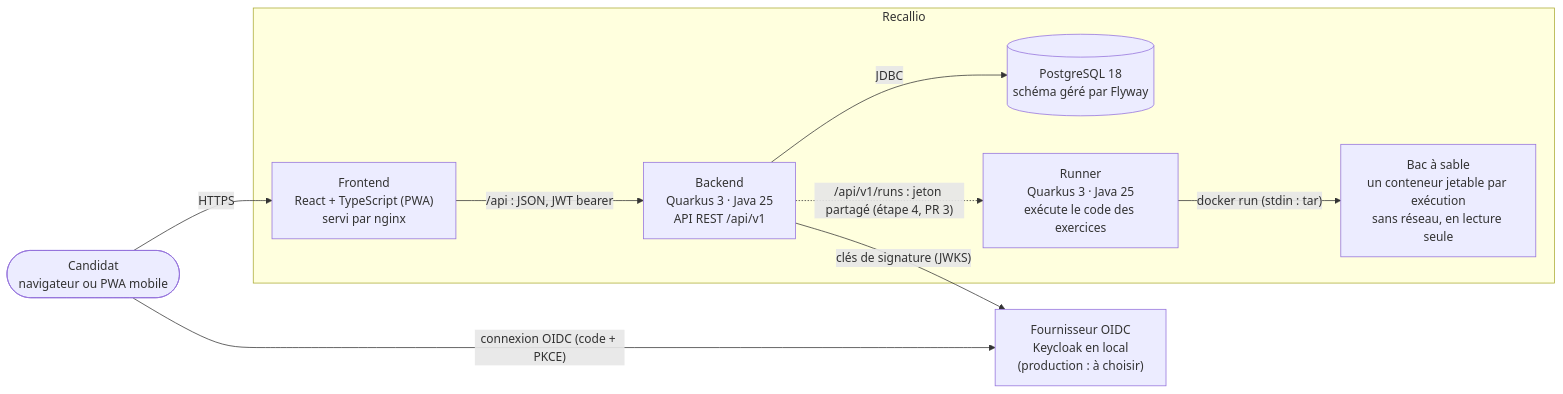
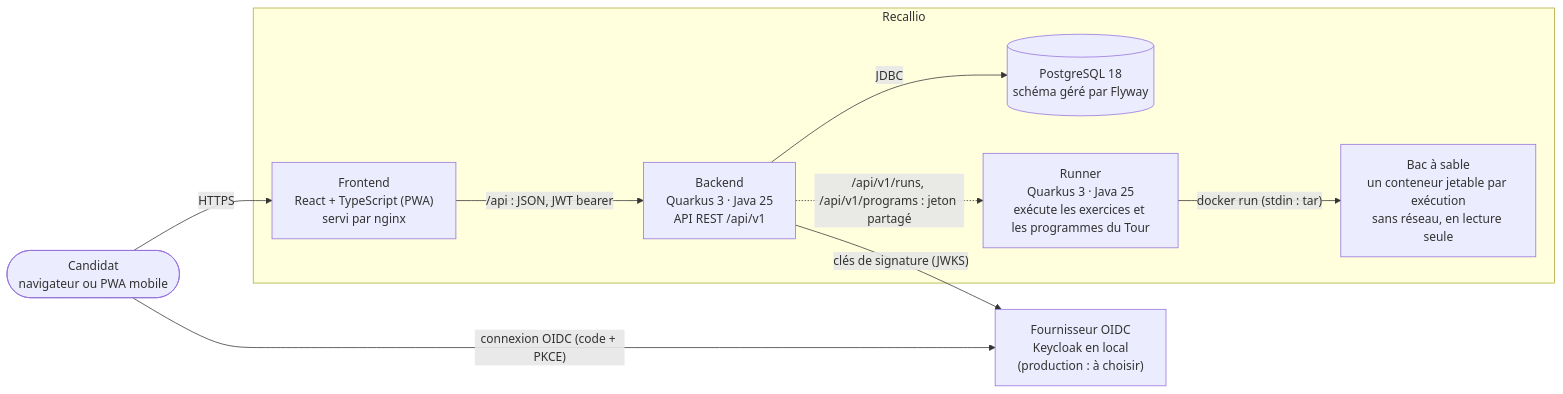
The first of 7 diagrams in docs/architecture.md (potichacha/recallio), drawn with Mermaid before and after one commit. The commit also changed other lines of this file and 24 other files, not shown here.

Commit message:
feat: the program mode of the runner, first step of the Tour (ADR 0037) (#70)

````diff
--- a/docs/architecture.md
+++ b/docs/architecture.md
@@ -8,22 +8,22 @@
 ```mermaid
 flowchart LR
     user([Candidat<br/>navigateur ou PWA mobile])
 
     subgraph recallio [Recallio]
         front["Frontend<br/>React + TypeScript (PWA)<br/>servi par nginx"]
         back["Backend<br/>Quarkus 3 · Java 25<br/>API REST /api/v1"]
         db[("PostgreSQL 18<br/>schéma géré par Flyway")]
-        runner["Runner<br/>Quarkus 3 · Java 25<br/>exécute le code des exercices"]
+        runner["Runner<br/>Quarkus 3 · Java 25<br/>exécute les exercices et les programmes du Tour"]
         sandbox["Bac à sable<br/>un conteneur jetable par exécution<br/>sans réseau, en lecture seule"]
     end
 
     idp["Fournisseur OIDC<br/>Keycloak en local<br/>(production : à choisir)"]
 
     user -- HTTPS --> front
     user -- "connexion OIDC (code + PKCE)" --> idp
     front -- "/api : JSON, JWT bearer" --> back
     back -- JDBC --> db
     back -- "clés de signature (JWKS)" --> idp
-    back -. "/api/v1/runs : jeton partagé (étape 4, PR 3)" .-> runner
+    back -. "/api/v1/runs, /api/v1/programs : jeton partagé" .-> runner
     runner -- "docker run (stdin : tar)" --> sandbox
 ```
````
